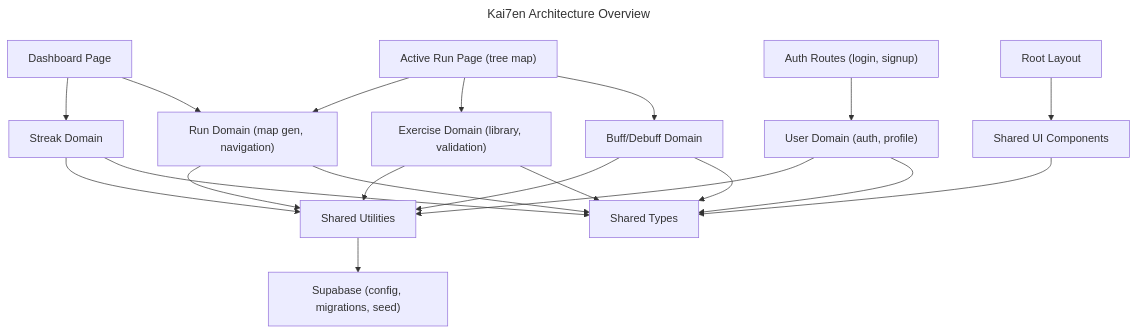
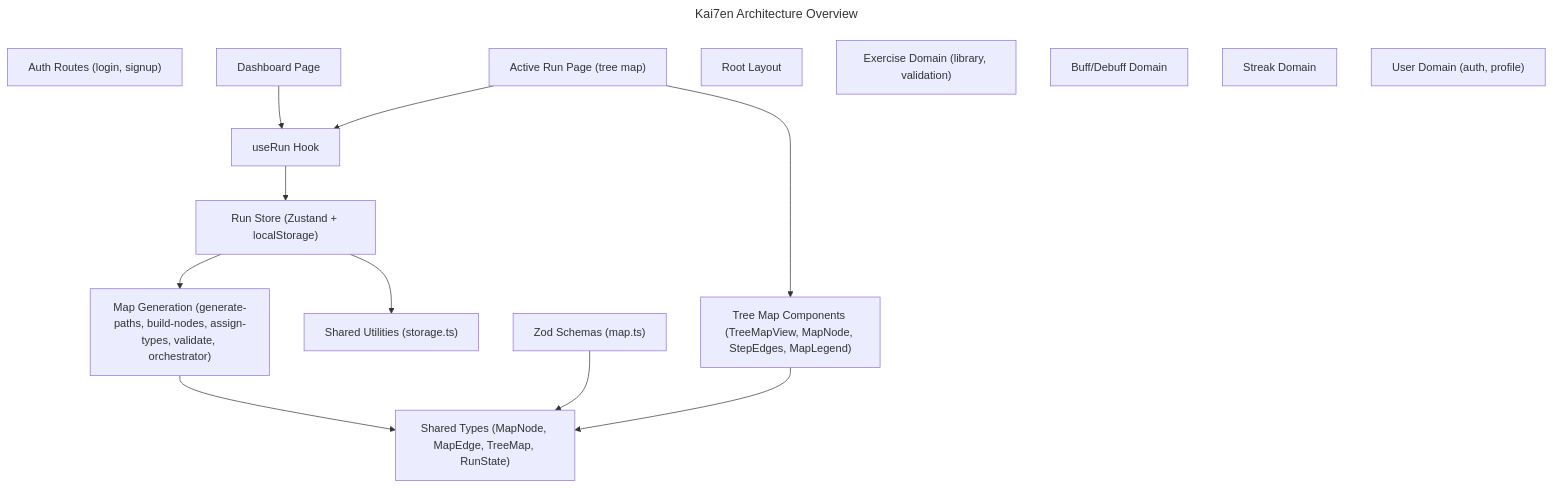
One commit to cellou59/Kaizen changed the diagram in aidd_docs/memory/codebase_map.md. Above: the diagram before and after it, drawn with Mermaid. The commit also changed 30 other files, not shown here.

````diff
--- a/aidd_docs/memory/codebase_map.md
+++ b/aidd_docs/memory/codebase_map.md
@@ -9,45 +9,35 @@
 ```mermaid
 ---
 title: Kai7en Architecture Overview
 ---
 flowchart TD
     AuthPages["Auth Routes (login, signup)"]
     DashboardPage["Dashboard Page"]
     RunPage["Active Run Page (tree map)"]
     RootLayout["Root Layout"]
 
-    RunDomain["Run Domain (map gen, navigation)"]
+    MapGen["Map Generation (generate-paths, build-nodes, assign-types, validate, orchestrator)"]
+    RunStore["Run Store (Zustand + localStorage)"]
+    UseRun["useRun Hook"]
+    TreeMapUI["Tree Map Components (TreeMapView, MapNode, StepEdges, MapLegend)"]
+    MapSchemas["Zod Schemas (map.ts)"]
+
     ExerciseDomain["Exercise Domain (library, validation)"]
     BuffDomain["Buff/Debuff Domain"]
     StreakDomain["Streak Domain"]
     UserDomain["User Domain (auth, profile)"]
 
-    SharedComponents["Shared UI Components"]
-    SharedLib["Shared Utilities"]
-    SharedTypes["Shared Types"]
+    SharedLib["Shared Utilities (storage.ts)"]
+    SharedTypes["Shared Types (MapNode, MapEdge, TreeMap, RunState)"]
 
-    SupabaseLayer["Supabase (config, migrations, seed)"]
+    DashboardPage --> UseRun
+    RunPage --> UseRun
+    RunPage --> TreeMapUI
 
-    AuthPages --> UserDomain
-    DashboardPage --> StreakDomain
-    DashboardPage --> RunDomain
-    RunPage --> RunDomain
-    RunPage --> ExerciseDomain
-    RunPage --> BuffDomain
-    RootLayout --> SharedComponents
-
-    RunDomain --> SharedLib
-    ExerciseDomain --> SharedLib
-    BuffDomain --> SharedLib
-    StreakDomain --> SharedLib
-    UserDomain --> SharedLib
-
-    RunDomain --> SharedTypes
-    ExerciseDomain --> SharedTypes
-    BuffDomain --> SharedTypes
-    StreakDomain --> SharedTypes
-    UserDomain --> SharedTypes
-
-    SharedLib --> SupabaseLayer
-    SharedComponents --> SharedTypes
+    UseRun --> RunStore
+    RunStore --> MapGen
+    RunStore --> SharedLib
+    MapGen --> SharedTypes
+    MapSchemas --> SharedTypes
+    TreeMapUI --> SharedTypes
 ```
````
